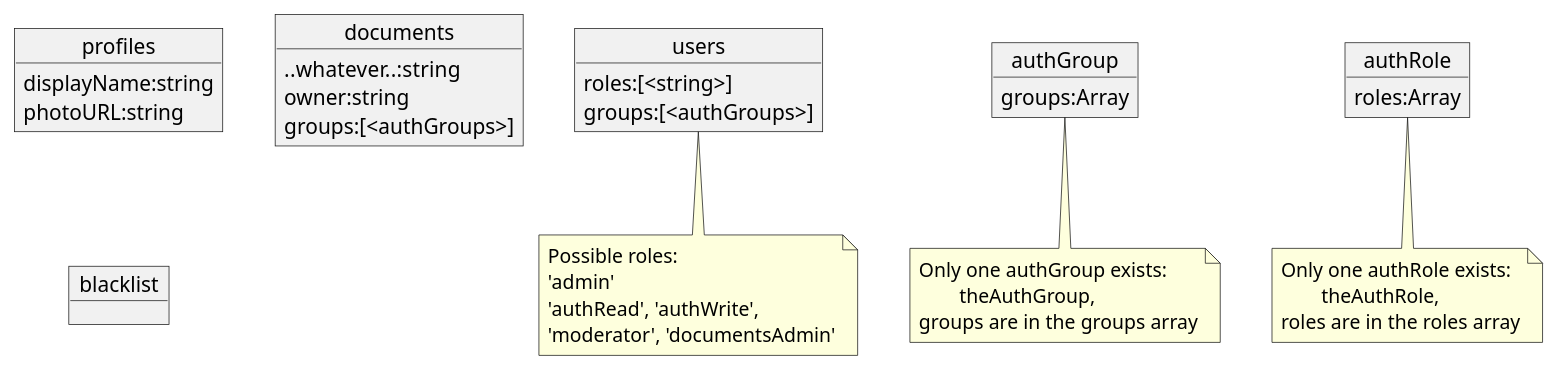
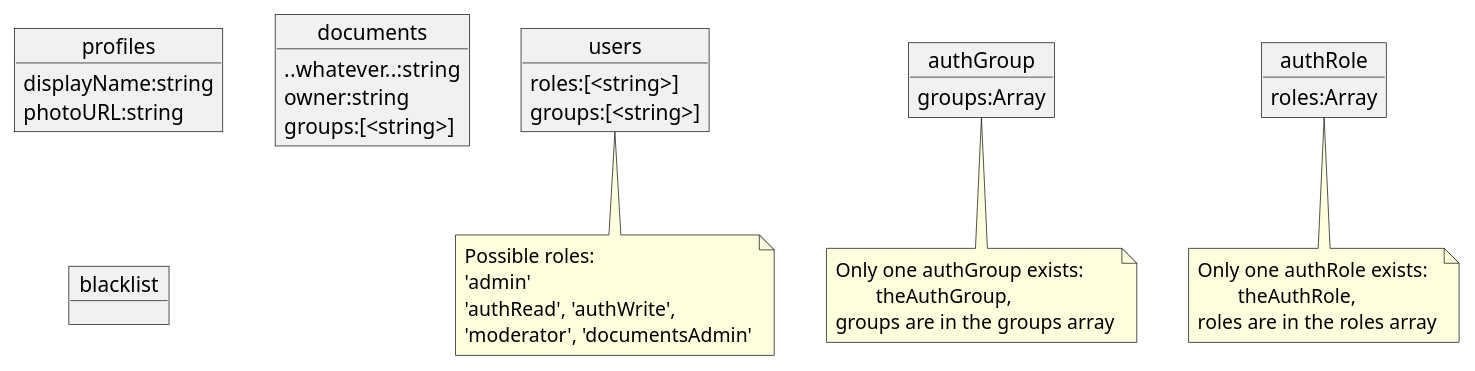
Before and after one commit to swissglider/init-firebase: the diagram in schema/db.wsd, drawn with PlantUML.

```diff
--- a/schema/db.wsd
+++ b/schema/db.wsd
@@ -1,35 +1,35 @@
 @startuml db
 
 object users {
     roles:[<string>]
-    groups:[<authGroups>]
+    groups:[<string>]
 }
 note "Possible roles:\n'admin'\n'authRead', 'authWrite',\n'moderator', 'documentsAdmin'" as authActivityNote
 users .. authActivityNote
 
 object profiles {
     displayName:string
     photoURL:string
 }
 
 object authGroup {
     groups:Array
 }
 note "Only one authGroup exists:\n\ttheAuthGroup,\ngroups are in the groups array" as authAuthGroupNote
 authGroup .. authAuthGroupNote
 
 object authRole {
     roles:Array
 }
 note "Only one authRole exists:\n\ttheAuthRole,\nroles are in the roles array" as authAuthRoleNote
 authRole .. authAuthRoleNote
 
 object documents {
     ..whatever..:string
     owner:string
-    groups:[<authGroups>]
+    groups:[<string>]
 }
 
 object blacklist
 
 @enduml
```
